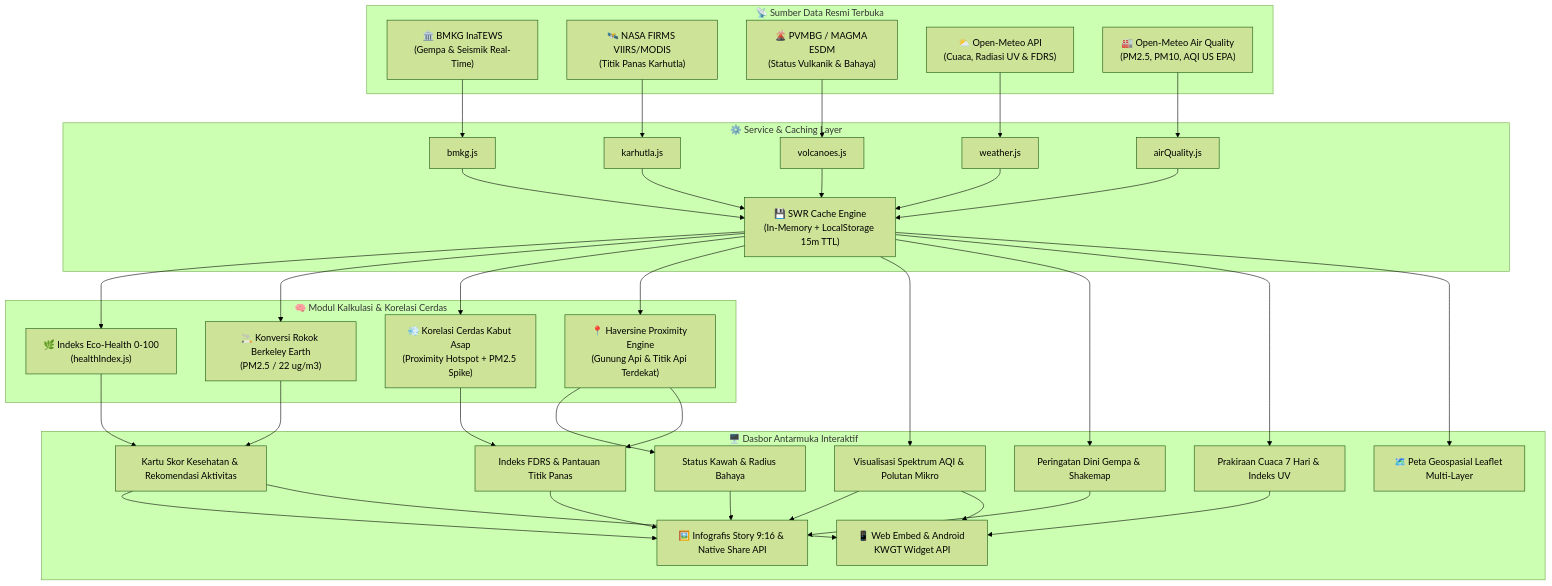
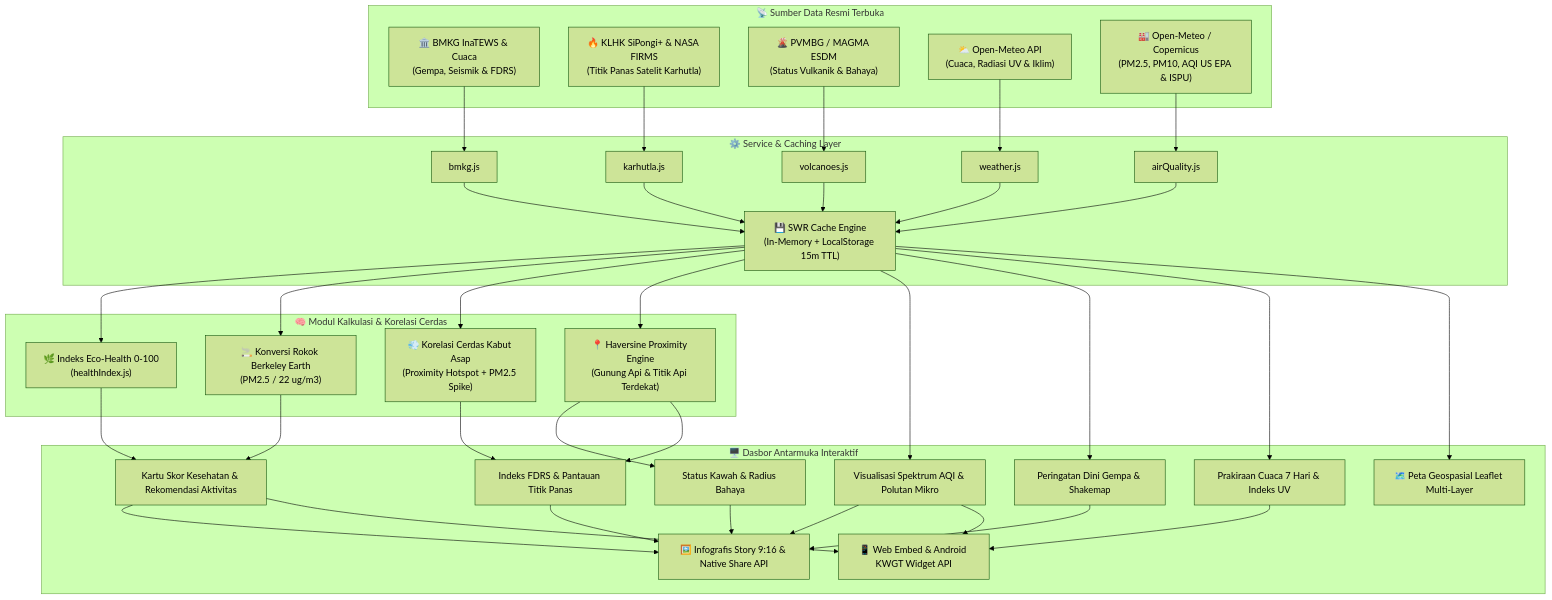
Before and after one commit to anasysuf/sekitarku: the diagram in README.md, drawn with Mermaid (forest theme). The commit also changed other lines of this file and 2 other files, not shown here.

Commit message:
docs: update official data source credits and attribution (KLHK SiPongi+, BMKG, PVMBG, Open-Meteo)

````diff
--- a/README.md
+++ b/README.md
@@ -29,69 +33,69 @@
 ```mermaid
 flowchart TD
     subgraph Sumber_Data_Resmi ["📡 Sumber Data Resmi Terbuka"]
-        BMKG_API["🏛️ BMKG InaTEWS\n(Gempa & Seismik Real-Time)"]
-        NASA_API["🛰️ NASA FIRMS VIIRS/MODIS\n(Titik Panas Karhutla)"]
+        BMKG_API["🏛️ BMKG InaTEWS & Cuaca\n(Gempa, Seismik & FDRS)"]
+        KLHK_API["🔥 KLHK SiPongi+ & NASA FIRMS\n(Titik Panas Satelit Karhutla)"]
         PVMBG_API["🌋 PVMBG / MAGMA ESDM\n(Status Vulkanik & Bahaya)"]
-        Meteo_API["⛅ Open-Meteo API\n(Cuaca, Radiasi UV & FDRS)"]
-        AQI_API["🏭 Open-Meteo Air Quality\n(PM2.5, PM10, AQI US EPA)"]
+        Meteo_API["⛅ Open-Meteo API\n(Cuaca, Radiasi UV & Iklim)"]
+        AQI_API["🏭 Open-Meteo / Copernicus\n(PM2.5, PM10, AQI US EPA & ISPU)"]
     end
 
     subgraph Service_Layer ["⚙️ Service & Caching Layer"]
         BMKG_Svc["bmkg.js"]
         Karhutla_Svc["karhutla.js"]
         Volcano_Svc["volcanoes.js"]
         Weather_Svc["weather.js"]
         AQI_Svc["airQuality.js"]
         Cache["💾 SWR Cache Engine\n(In-Memory + LocalStorage 15m TTL)"]
     end
 
     subgraph Core_Intelligence ["🧠 Modul Kalkulasi & Korelasi Cerdas"]
         EcoScore["🌿 Indeks Eco-Health 0-100\n(healthIndex.js)"]
         CigFormula["🚬 Konversi Rokok Berkeley Earth\n(PM2.5 / 22 ug/m3)"]
         HazeCorrelation["💨 Korelasi Cerdas Kabut Asap\n(Proximity Hotspot + PM2.5 Spike)"]
         ProximityCalc["📍 Haversine Proximity Engine\n(Gunung Api & Titik Api Terdekat)"]
     end
 
     subgraph UI_Presentation ["🖥️ Dasbor Antarmuka Interaktif"]
         Hero["Kartu Skor Kesehatan & Rekomendasi Aktivitas"]
         AQICard["Visualisasi Spektrum AQI & Polutan Mikro"]
         KarhutlaCard["Indeks FDRS & Pantauan Titik Panas"]
         VolcanoCard["Status Kawah & Radius Bahaya"]
         QuakeCard["Peringatan Dini Gempa & Shakemap"]
         WeatherCard["Prakiraan Cuaca 7 Hari & Indeks UV"]
         Map["🗺️ Peta Geospasial Leaflet Multi-Layer"]
         Share["🖼️ Infografis Story 9:16 & Native Share API"]
         Widget["📱 Web Embed & Android KWGT Widget API"]
     end
 
     BMKG_API --> BMKG_Svc
-    NASA_API --> Karhutla_Svc
+    KLHK_API --> Karhutla_Svc
     PVMBG_API --> Volcano_Svc
     Meteo_API --> Weather_Svc
     AQI_API --> AQI_Svc
 
     BMKG_Svc --> Cache
     Karhutla_Svc --> Cache
     Volcano_Svc --> Cache
     Weather_Svc --> Cache
     AQI_Svc --> Cache
 
     Cache --> EcoScore
     Cache --> CigFormula
     Cache --> HazeCorrelation
     Cache --> ProximityCalc
 
     EcoScore --> Hero
     CigFormula --> Hero
     HazeCorrelation --> KarhutlaCard
     ProximityCalc --> VolcanoCard
     ProximityCalc --> KarhutlaCard
 
     Cache --> AQICard
     Cache --> QuakeCard
     Cache --> WeatherCard
     Cache --> Map
     
     Hero & AQICard & KarhutlaCard & VolcanoCard & QuakeCard --> Share
     Hero & AQICard & WeatherCard --> Widget
 ```
````
